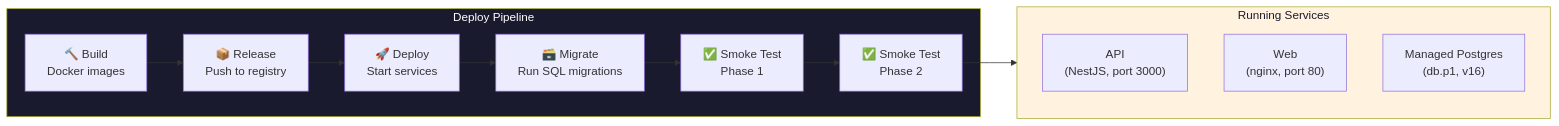
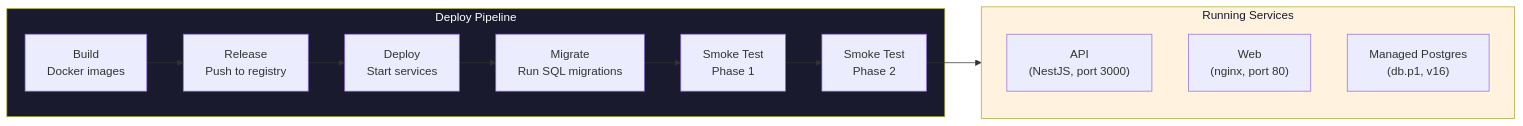
One commit to eve-horizon/eden changed the tenth of 13 diagrams in ARCHITECTURE.md. Above: the diagram before and after it, drawn with Mermaid. The commit also changed other lines of this file and 3 other files, not shown here.

````diff
--- a/ARCHITECTURE.md
+++ b/ARCHITECTURE.md
@@ -413,24 +528,24 @@
 ```mermaid
 flowchart LR
     subgraph pipeline["Deploy Pipeline"]
-        build["🔨 Build\nDocker images"]
-        release["📦 Release\nPush to registry"]
-        deploy["🚀 Deploy\nStart services"]
-        migrate["🗃️ Migrate\nRun SQL migrations"]
-        smoke1["✅ Smoke Test\nPhase 1"]
-        smoke2["✅ Smoke Test\nPhase 2"]
+        build["Build\nDocker images"]
+        release["Release\nPush to registry"]
+        deploy["Deploy\nStart services"]
+        migrate["Migrate\nRun SQL migrations"]
+        smoke1["Smoke Test\nPhase 1"]
+        smoke2["Smoke Test\nPhase 2"]
 
         build --> release --> deploy --> migrate --> smoke1 --> smoke2
     end
 
     subgraph services["Running Services"]
         api["API\n(NestJS, port 3000)"]
         web["Web\n(nginx, port 80)"]
         db["Managed Postgres\n(db.p1, v16)"]
     end
 
     smoke2 --> services
 
     style pipeline fill:#1a1a2e,color:#fff
     style services fill:#fff3e0,color:#1a1a2e
 ```
````
